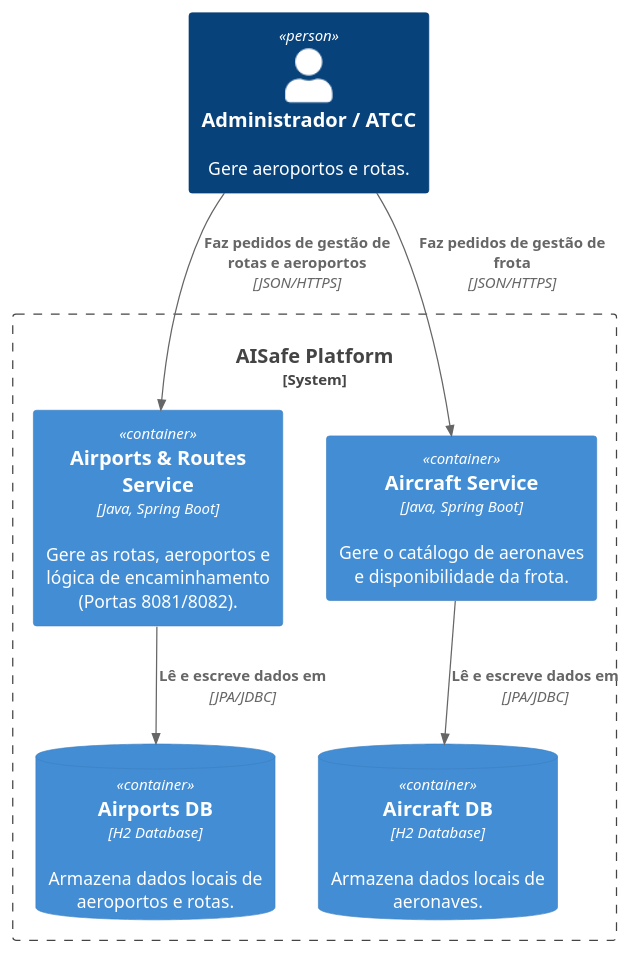
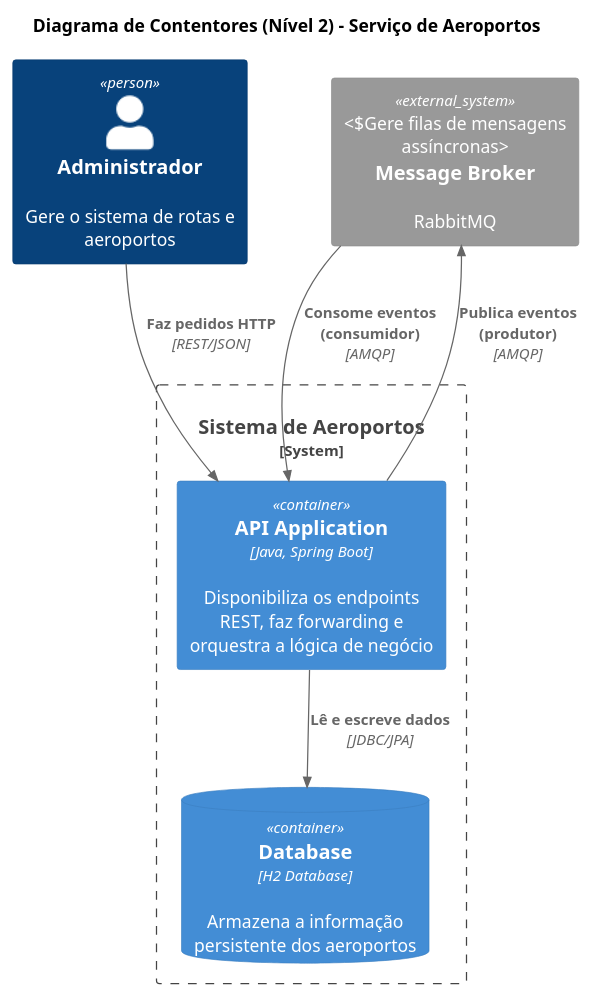
The diagram in airportRoutes-service/docs/c4_level2_context.puml (jvonhafe/LETI_1241237_SIDIS_2026), drawn with PlantUML before and after one commit. The commit also changed 5 other files, not shown here.

Commit message:
finalização da parte do codigo e diagramas

```diff
--- a/airportRoutes-service/docs/c4_level2_context.puml
+++ b/airportRoutes-service/docs/c4_level2_context.puml
@@ -1,19 +1,19 @@
 @startuml
 !include https://raw.githubusercontent.com/plantuml-stdlib/C4-PlantUML/master/C4_Container.puml
 
-Person(user, "Administrador / ATCC", "Gere aeroportos e rotas.")
+title Diagrama de Contentores (Nível 2) - Serviço de Aeroportos
 
-System_Boundary(platform, "AISafe Platform") {
-    Container(airportRoutesService, "Airports & Routes Service", "Java, Spring Boot", "Gere as rotas, aeroportos e lógica de encaminhamento (Portas 8081/8082).")
-    Container(aircraftService, "Aircraft Service", "Java, Spring Boot", "Gere o catálogo de aeronaves e disponibilidade da frota.")
+Person(admin, "Administrador", "Gere o sistema de rotas e aeroportos")
 
-    ContainerDb(dbAirports, "Airports DB", "H2 Database", "Armazena dados locais de aeroportos e rotas.")
-    ContainerDb(dbAircraft, "Aircraft DB", "H2 Database", "Armazena dados locais de aeronaves.")
+System_Boundary(airport_system, "Sistema de Aeroportos") {
+    Container(api, "API Application", "Java, Spring Boot", "Disponibiliza os endpoints REST, faz forwarding e orquestra a lógica de negócio")
+    ContainerDb(db, "Database", "H2 Database", "Armazena a informação persistente dos aeroportos")
 }
 
-Rel(user, airportRoutesService, "Faz pedidos de gestão de rotas e aeroportos", "JSON/HTTPS")
-Rel(user, aircraftService, "Faz pedidos de gestão de frota", "JSON/HTTPS")
+System_Ext(rabbitmq, "Message Broker", "RabbitMQ", "Gere filas de mensagens assíncronas")
 
-Rel(airportRoutesService, dbAirports, "Lê e escreve dados em", "JPA/JDBC")
-Rel(aircraftService, dbAircraft, "Lê e escreve dados em", "JPA/JDBC")
+Rel(admin, api, "Faz pedidos HTTP", "REST/JSON")
+Rel(api, db, "Lê e escreve dados", "JDBC/JPA")
+Rel(api, rabbitmq, "Publica eventos (produtor)", "AMQP")
+Rel(rabbitmq, api, "Consome eventos (consumidor)", "AMQP")
 @enduml
```
